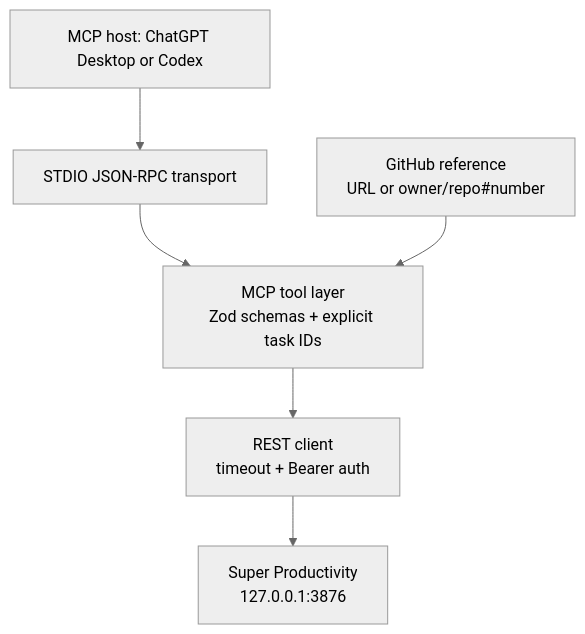
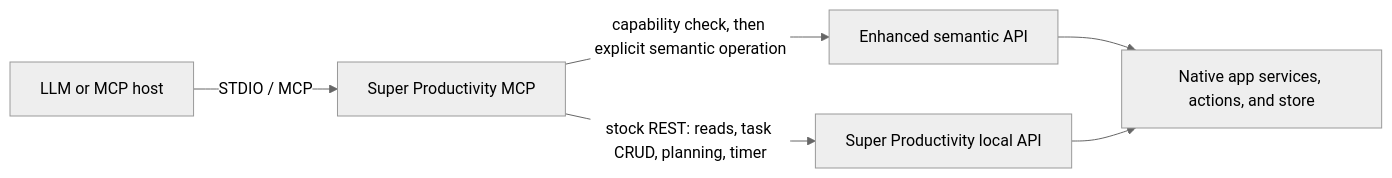
One commit to AdvaithAnand1/super-productivity-mcp changed the diagram in docs/architecture.md. Above: the diagram before and after it, drawn with Mermaid (neutral theme). The commit also changed other lines of this file and 30 other files, not shown here.

Commit message:
feat: expand Super Productivity MCP task and semantic API support

````diff
--- a/docs/architecture.md
+++ b/docs/architecture.md
@@ -3,12 +5,8 @@
 ```mermaid
-graph TD
-    Host["MCP host: ChatGPT Desktop or Codex"]
-    Transport["STDIO JSON-RPC transport"]
-    Server["MCP tool layer\nZod schemas + explicit task IDs"]
-    Client["REST client\ntimeout + Bearer auth"]
-    LocalAPI["Super Productivity\n127.0.0.1:3876"]
-    Issue["GitHub reference\nURL or owner/repo#number"]
-
-    Host --> Transport --> Server --> Client --> LocalAPI
-    Issue --> Server
+flowchart LR
+    Host["LLM or MCP host"] -->|"STDIO / MCP"| Server["Super Productivity MCP"]
+    Server -->|"stock REST: reads, task CRUD, planning, timer"| Rest["Super Productivity local API"]
+    Server -->|"capability check, then explicit semantic operation"| Semantic["Enhanced semantic API"]
+    Semantic --> Native["Native app services, actions, and store"]
+    Rest --> Native
 ```
````
